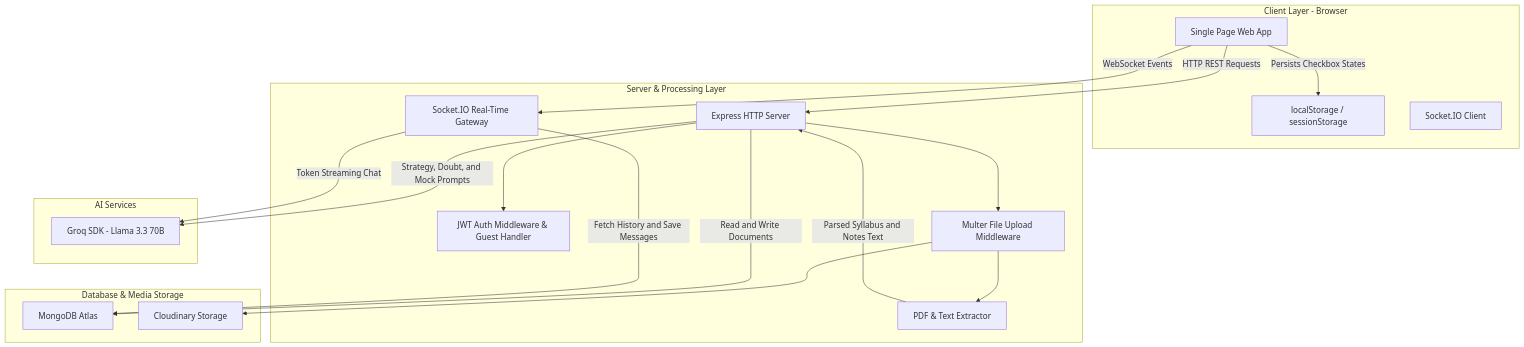
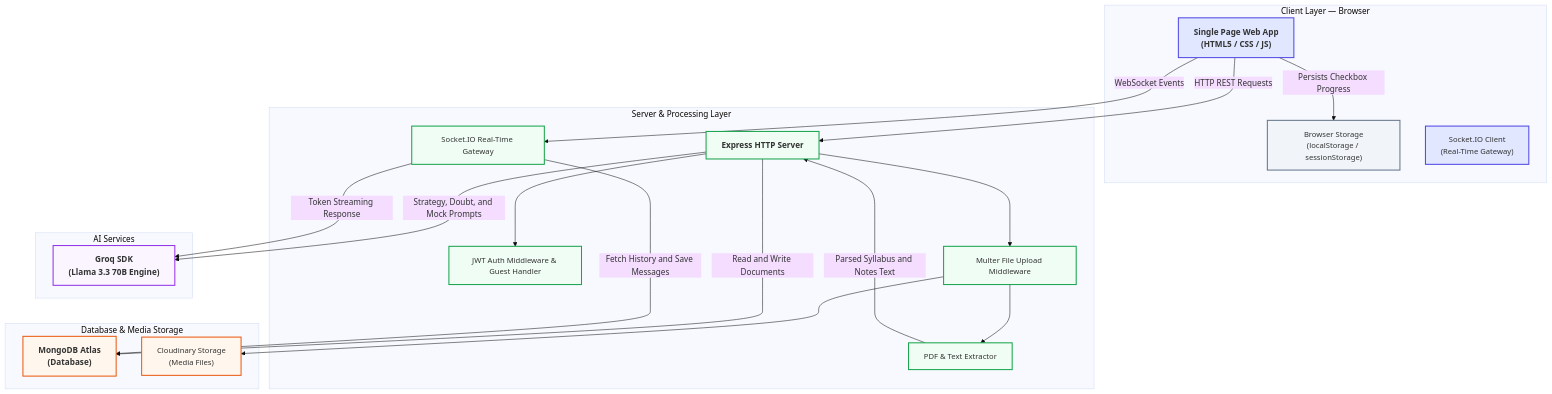
Before and after one commit to Ayushkhar/Prep_os-Live: the first of 6 diagrams in Readme.md, drawn with Mermaid. The commit also changed 2 other files, not shown here.

Commit message:
style: center setup form

````diff
--- a/Readme.md
+++ b/Readme.md
@@ -14,41 +14,54 @@
 ```mermaid
+%%{init: { 'theme': 'base', 'themeVariables': { 'fontSize': '16px', 'fontFamily': 'Arial, sans-serif' } } }%%
 graph TD
-    subgraph Client ["Client Layer - Browser"]
-        UI["Single Page Web App"]
-        LocalStorage["localStorage / sessionStorage"]
-        SocketClient["Socket.IO Client"]
+    subgraph Client ["Client Layer — Browser"]
+        UI["Single Page Web App<br/>(HTML5 / CSS / JS)"]
+        LocalStorage["Browser Storage<br/>(localStorage / sessionStorage)"]
+        SocketClient["Socket.IO Client<br/>(Real-Time Gateway)"]
     end
 
     subgraph API ["Server & Processing Layer"]
         Server["Express HTTP Server"]
         SocketServer["Socket.IO Real-Time Gateway"]
         AuthMW["JWT Auth Middleware & Guest Handler"]
         Multer["Multer File Upload Middleware"]
         PDFParser["PDF & Text Extractor"]
     end
 
     subgraph Data ["Database & Media Storage"]
-        MongoDB["MongoDB Atlas"]
-        Cloudinary["Cloudinary Storage"]
+        MongoDB["MongoDB Atlas<br/>(Database)"]
+        Cloudinary["Cloudinary Storage<br/>(Media Files)"]
     end
 
     subgraph AI ["AI Services"]
-        Groq["Groq SDK - Llama 3.3 70B"]
+        Groq["Groq SDK<br/>(Llama 3.3 70B Engine)"]
     end
 
     UI -->|"HTTP REST Requests"| Server
     UI -->|"WebSocket Events"| SocketServer
-    UI -->|"Persists Checkbox States"| LocalStorage
+    UI -->|"Persists Checkbox Progress"| LocalStorage
 
     Server --> AuthMW
     Server --> Multer
     Multer --> Cloudinary
     Multer --> PDFParser
 
     Server -->|"Read and Write Documents"| MongoDB
     SocketServer -->|"Fetch History and Save Messages"| MongoDB
 
     PDFParser -->|"Parsed Syllabus and Notes Text"| Server
     Server -->|"Strategy, Doubt, and Mock Prompts"| Groq
-    SocketServer -->|"Token Streaming Chat"| Groq
+    SocketServer -->|"Token Streaming Response"| Groq
+
+    style UI fill:#e0e7ff,stroke:#4f46e5,stroke-width:2px,font-size:16px,font-weight:bold;
+    style LocalStorage fill:#f1f5f9,stroke:#64748b,stroke-width:2px,font-size:15px;
+    style SocketClient fill:#e0e7ff,stroke:#4f46e5,stroke-width:2px,font-size:15px;
+    style Server fill:#f0fdf4,stroke:#16a34a,stroke-width:2px,font-size:16px,font-weight:bold;
+    style SocketServer fill:#f0fdf4,stroke:#16a34a,stroke-width:2px,font-size:15px;
+    style AuthMW fill:#f0fdf4,stroke:#16a34a,stroke-width:2px,font-size:15px;
+    style Multer fill:#f0fdf4,stroke:#16a34a,stroke-width:2px,font-size:15px;
+    style PDFParser fill:#f0fdf4,stroke:#16a34a,stroke-width:2px,font-size:15px;
+    style MongoDB fill:#fff7ed,stroke:#ea580c,stroke-width:2px,font-size:16px,font-weight:bold;
+    style Cloudinary fill:#fff7ed,stroke:#ea580c,stroke-width:2px,font-size:15px;
+    style Groq fill:#faf5ff,stroke:#9333ea,stroke-width:2px,font-size:16px,font-weight:bold;
 ```
````
